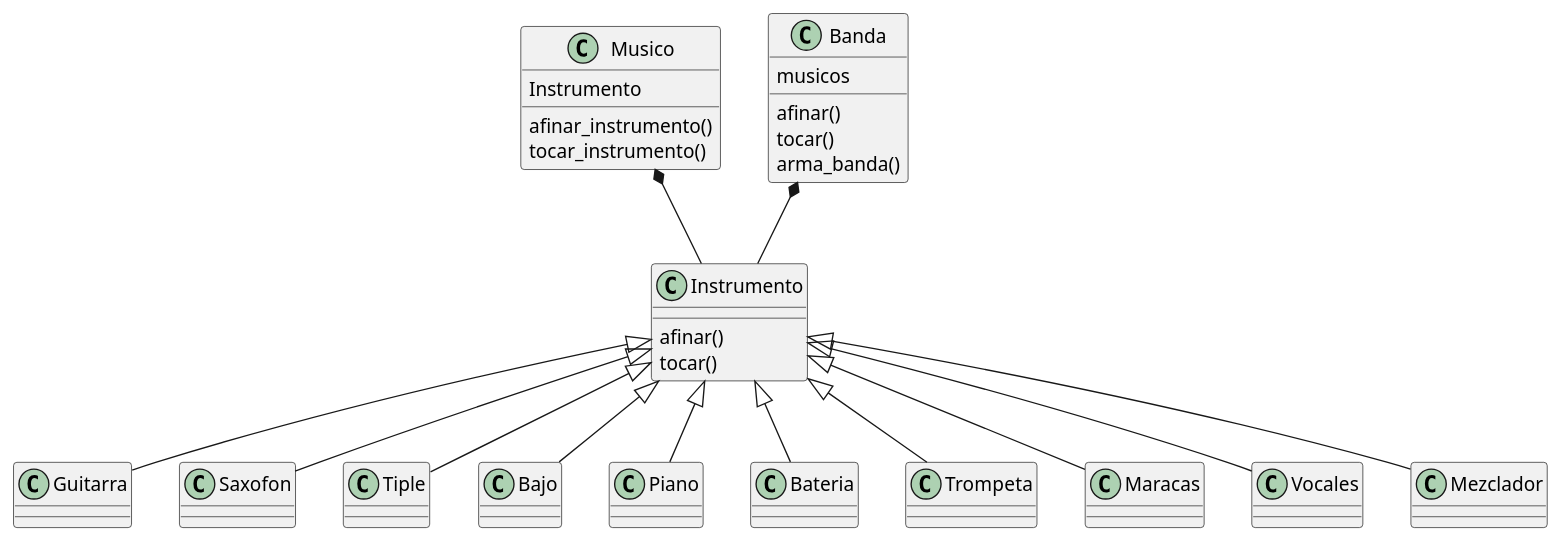
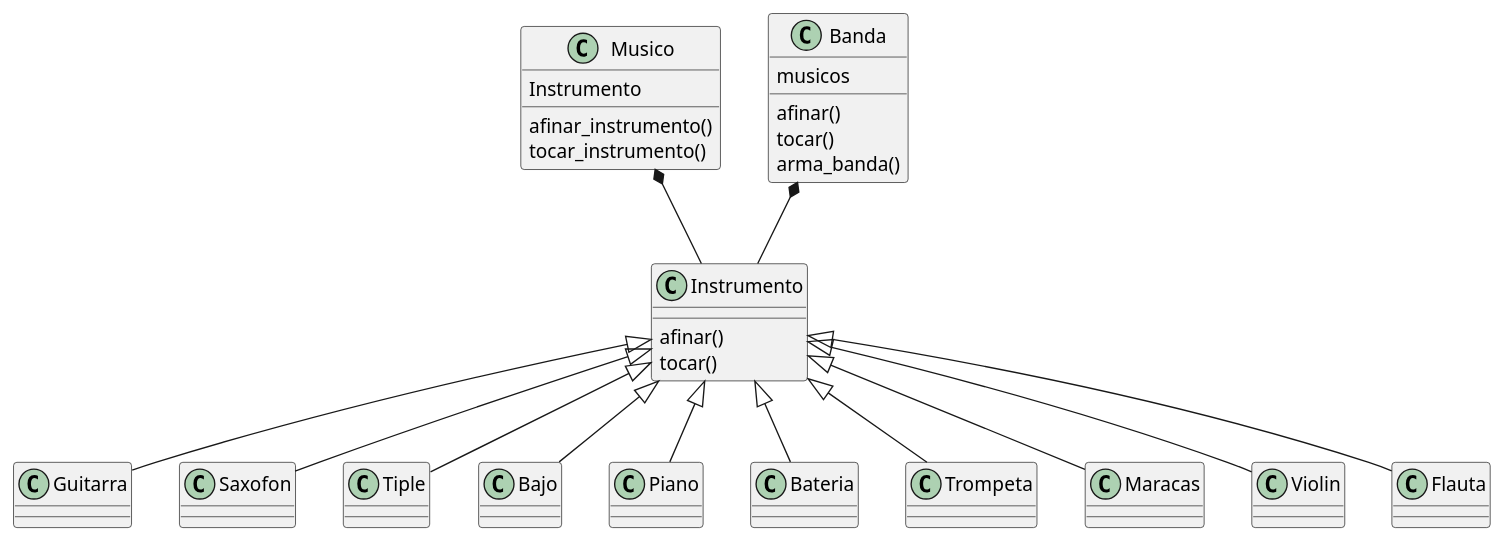
Before and after one commit to daaaav01/Banda: the diagram in clases.plantuml, drawn with PlantUML. The commit also changed 5 other files, not shown here.

```diff
--- a/clases.plantuml
+++ b/clases.plantuml
@@ -1,30 +1,30 @@
 @startuml
 
 Instrumento <|-- Guitarra
 Instrumento <|-- Saxofon
 Instrumento <|-- Tiple 
 Instrumento <|-- Bajo
 Instrumento <|-- Piano
 Instrumento <|-- Bateria
 Instrumento <|-- Trompeta
 Instrumento <|-- Maracas
-Instrumento <|-- Vocales
-Instrumento <|-- Mezclador
+Instrumento <|-- Violin
+Instrumento <|-- Flauta
 
 Musico *-- Instrumento
 Banda *-- Instrumento
 
 
 Instrumento : afinar()
 Instrumento : tocar()
 
 Musico : Instrumento
 Musico : afinar_instrumento()
 Musico : tocar_instrumento()
 
 Banda : musicos
 Banda : afinar()
 Banda : tocar()
 Banda : arma_banda()
 
 @enduml
```
